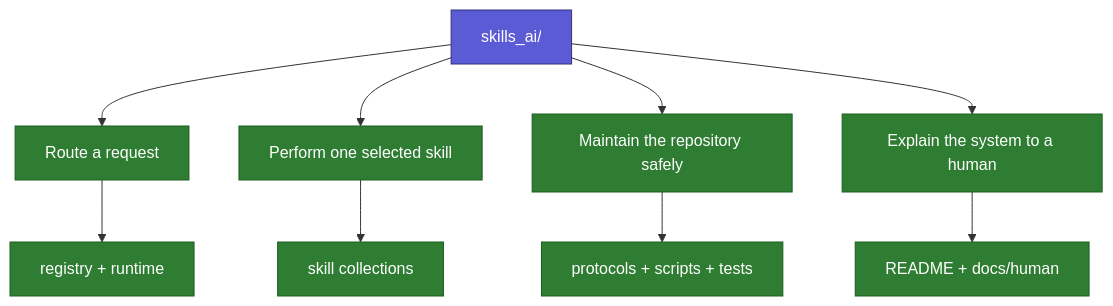
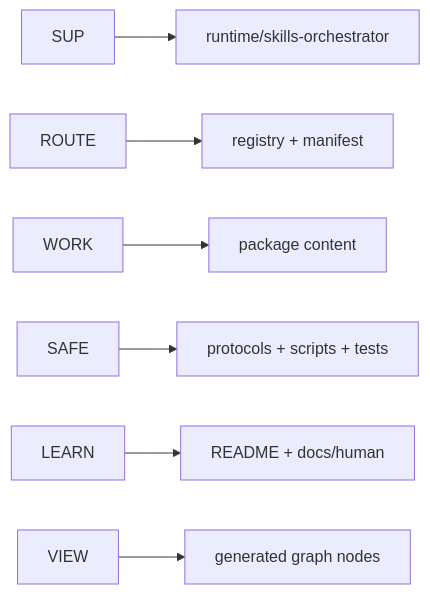
Before and after one commit to geekybobz/skills_ai: the second of 2 diagrams in docs/human/08_REPOSITORY_ATLAS.md, drawn with Mermaid. The commit also changed other lines of this file and 173 other files, not shown here.

Commit message:
Record current model-led orchestrator and clean repository documentation

````diff
--- a/docs/human/08_REPOSITORY_ATLAS.md
+++ b/docs/human/08_REPOSITORY_ATLAS.md
@@ -17,17 +24,9 @@
 ```mermaid
-flowchart TD
-    ROOT["skills_ai/"] --> ROUTE["Route a request"]
-    ROOT --> WORK["Perform one selected skill"]
-    ROOT --> SAFE["Maintain the repository safely"]
-    ROOT --> LEARN["Explain the system to a human"]
-
-    ROUTE --> REG["registry + runtime"]
-    WORK --> SKILL["skill collections"]
+flowchart LR
+    SUP --> RUN["runtime/skills-orchestrator"]
+    ROUTE --> REG["registry + manifest"]
+    WORK --> PKG["package content"]
     SAFE --> GOV["protocols + scripts + tests"]
     LEARN --> DOC["README + docs/human"]
-
-    classDef entry fill:#5B5BD6,color:#fff,stroke:#32327A
-    classDef action fill:#2E7D32,color:#fff,stroke:#1B5E20
-    class ROOT entry
-    class ROUTE,WORK,SAFE,LEARN,REG,SKILL,GOV,DOC action
+    VIEW --> GRAPH["generated graph nodes"]
 ```
````
